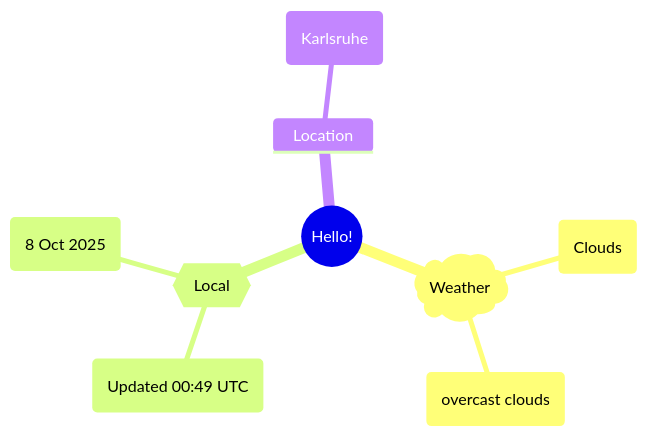
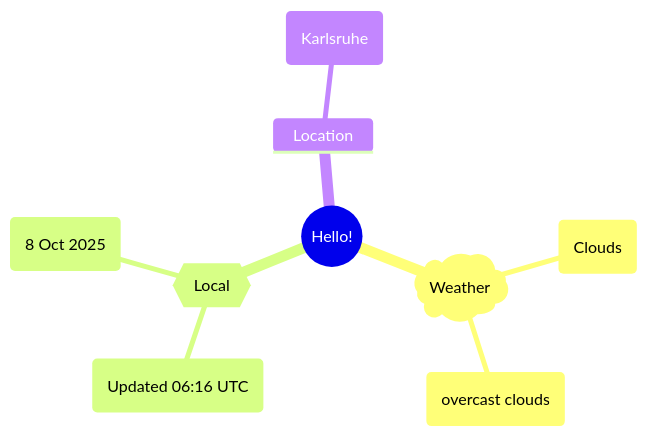
The first of 2 diagrams in README.md (Xosrov/Xosrov), drawn with Mermaid before and after one commit.

Commit message:
[bot] updated images

````diff
--- a/README.md
+++ b/README.md
@@ -3,12 +3,12 @@
 ```mermaid
 mindmap
   root((Hello!))
     )Weather(
         (Clouds)
         (overcast clouds)
     {{Local}}
-        (Updated 00:49 UTC)
+        (Updated 06:16 UTC)
         (8 Oct 2025)
     Location
         (Karlsruhe)
 ```
````
